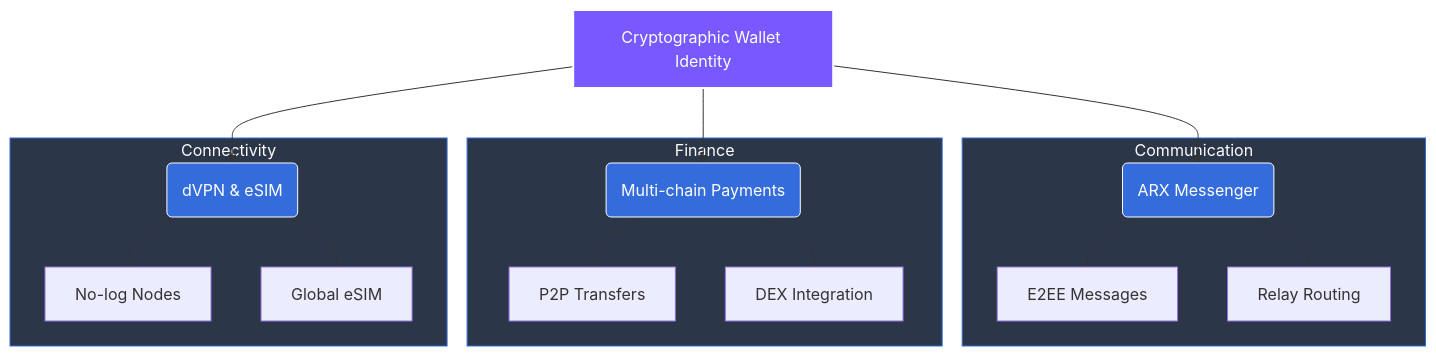
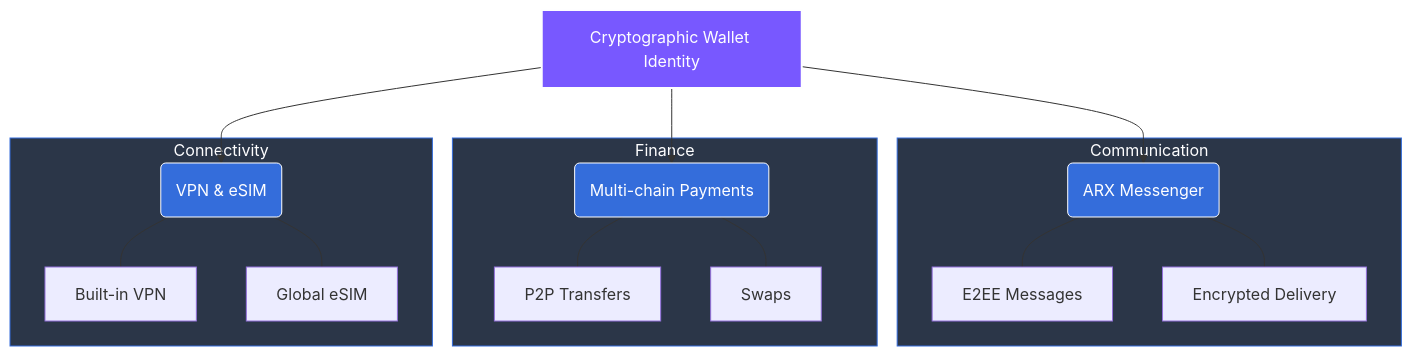
Before and after one commit to unusnullus/docs-xmtp-org: the diagram in gitbook/home/3-the-arx-solution/3.1-unified-private-network.md, drawn with Mermaid. The commit also changed other lines of this file and 32 other files, not shown here.

````diff
--- a/gitbook/home/3-the-arx-solution/3.1-unified-private-network.md
+++ b/gitbook/home/3-the-arx-solution/3.1-unified-private-network.md
@@ -36,35 +36,35 @@
 ```mermaid
 graph TD
     %% Global Styling
     accTitle: The Unified Identity Model
     accDescr: Showcasing how a single cryptographic identity powers messaging, finance, and connectivity.
 
     ID[Cryptographic Wallet Identity] --> Layer1(ARX Messenger)
     ID --> Layer2(Multi-chain Payments)
-    ID --> Layer3(dVPN & eSIM)
+    ID --> Layer3(VPN & eSIM)
 
     subgraph Comm ["Communication"]
         Layer1 --- C1[E2EE Messages]
-        Layer1 --- C2[Relay Routing]
+        Layer1 --- C2[Encrypted Delivery]
     end
 
     subgraph Fin ["Finance"]
         Layer2 --- F1[P2P Transfers]
-        Layer2 --- F2[DEX Integration]
+        Layer2 --- F2[Swaps]
     end
 
     subgraph Conn ["Connectivity"]
-        Layer3 --- N1[No-log Nodes]
+        Layer3 --- N1[Built-in VPN]
         Layer3 --- N2[Global eSIM]
     end
 
     %% Apply Brand Palette
     style ID fill:#7858ff,stroke:#fefeff,color:#fefeff,stroke-width:2px
     style Layer1 fill:#346ddb,stroke:#fefeff,color:#fefeff
     style Layer2 fill:#346ddb,stroke:#fefeff,color:#fefeff
     style Layer3 fill:#346ddb,stroke:#fefeff,color:#fefeff
     
     style Comm fill:#2B3648,stroke:#346ddb,color:#fefeff
     style Fin fill:#2B3648,stroke:#346ddb,color:#fefeff
     style Conn fill:#2B3648,stroke:#346ddb,color:#fefeff
 ```
````
